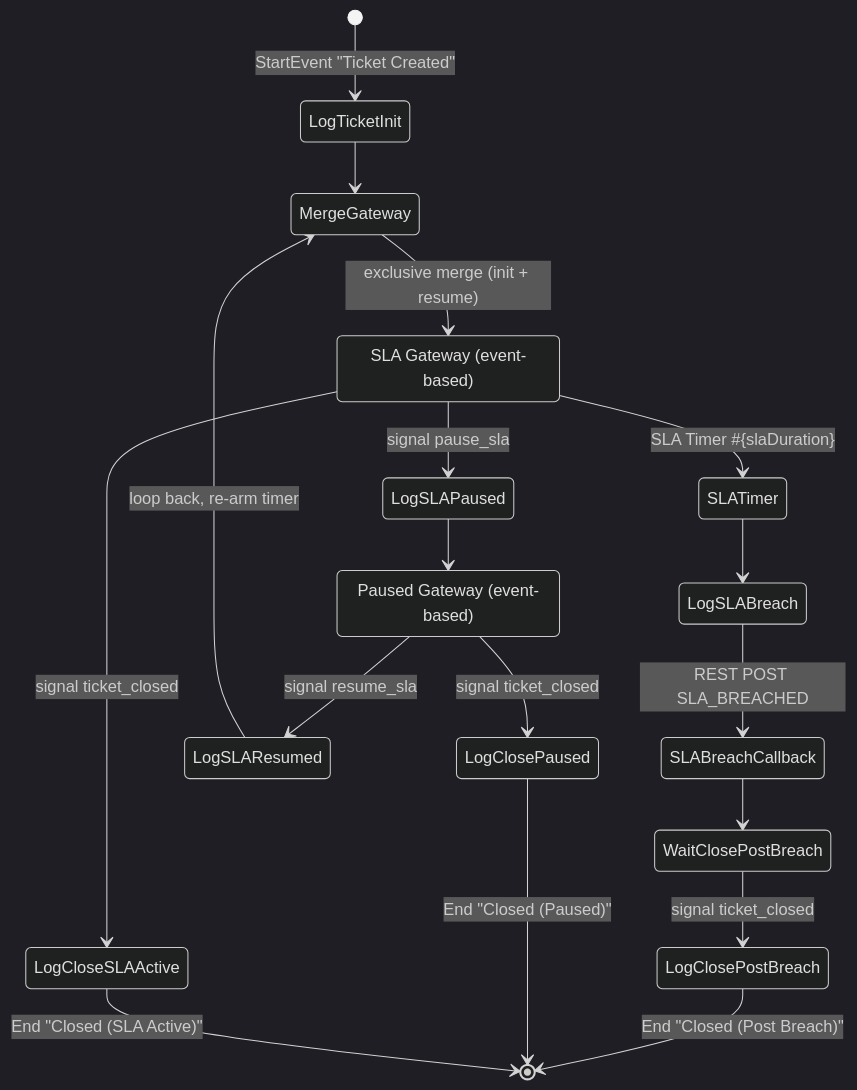
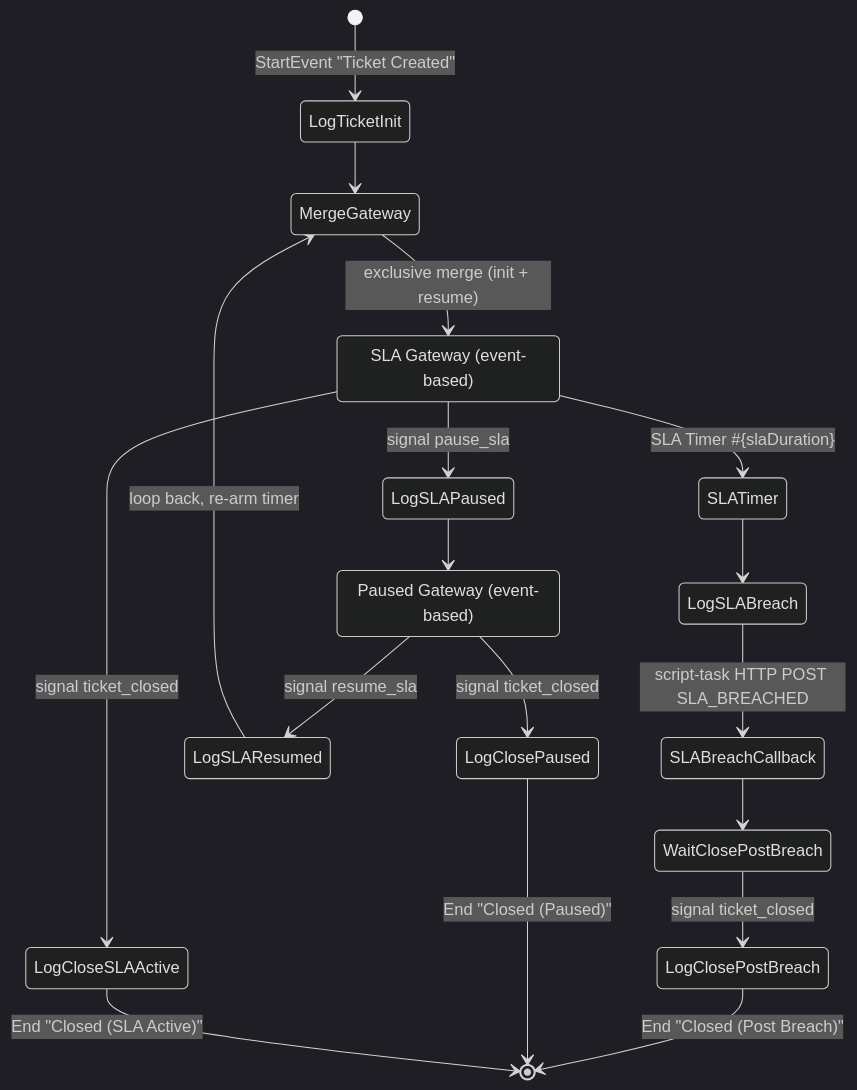
The diagram in docs/WORKFLOW.md (UKBey/TicketSystem), drawn with Mermaid (dark theme) before and after one commit. The commit also changed other lines of this file and 10 other files, not shown here.

````diff
--- a/docs/WORKFLOW.md
+++ b/docs/WORKFLOW.md
@@ -251,28 +276,28 @@
 ```mermaid
 stateDiagram-v2
     [*] --> LogTicketInit : StartEvent "Ticket Created"
     LogTicketInit --> MergeGateway
 
     MergeGateway --> SLAGateway : exclusive merge (init + resume)
 
     state "SLA Gateway (event-based)" as SLAGateway
     SLAGateway --> SLATimer : SLA Timer #{slaDuration}
     SLAGateway --> LogSLAPaused : signal pause_sla
     SLAGateway --> LogCloseSLAActive : signal ticket_closed
 
     SLATimer --> LogSLABreach
-    LogSLABreach --> SLABreachCallback : REST POST SLA_BREACHED
+    LogSLABreach --> SLABreachCallback : script-task HTTP POST SLA_BREACHED
     SLABreachCallback --> WaitClosePostBreach
     WaitClosePostBreach --> LogClosePostBreach : signal ticket_closed
     LogClosePostBreach --> [*] : End "Closed (Post Breach)"
 
     LogSLAPaused --> PausedGateway
     state "Paused Gateway (event-based)" as PausedGateway
     PausedGateway --> LogSLAResumed : signal resume_sla
     PausedGateway --> LogClosePaused : signal ticket_closed
 
     LogSLAResumed --> MergeGateway : loop back, re-arm timer
     LogClosePaused --> [*] : End "Closed (Paused)"
 
     LogCloseSLAActive --> [*] : End "Closed (SLA Active)"
 ```
````
